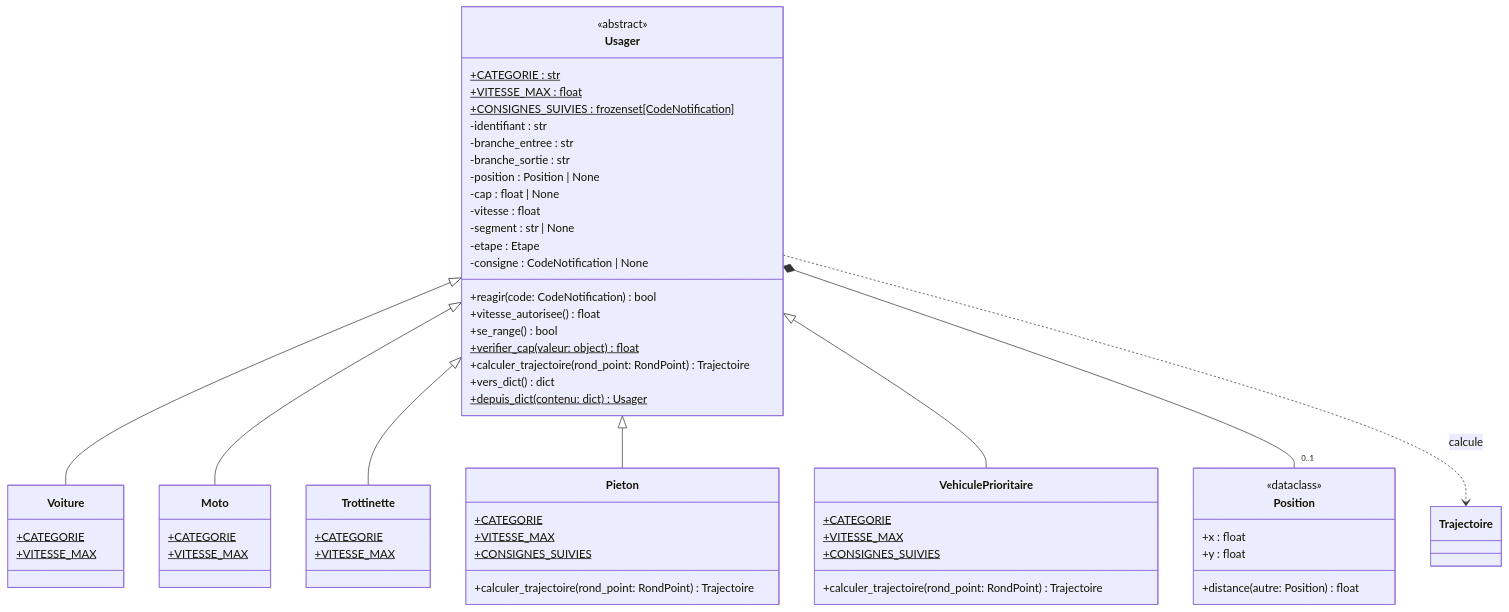
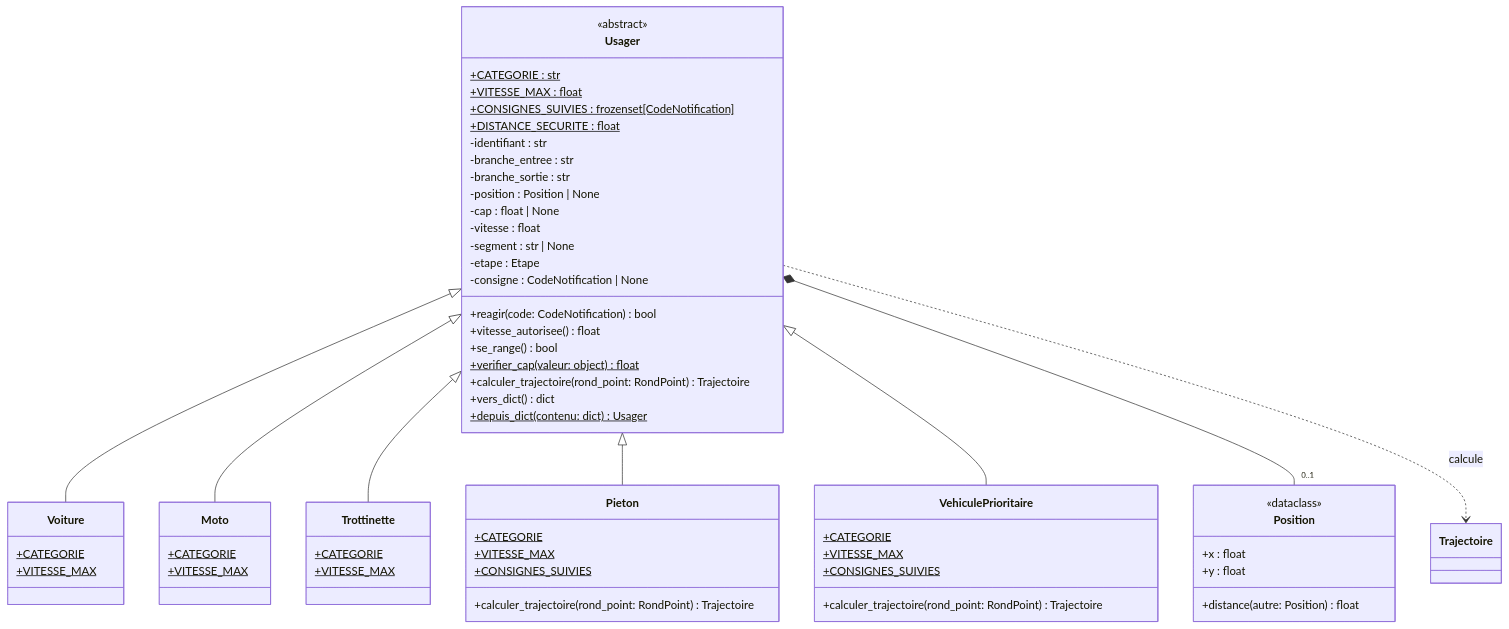
Before and after one commit to vRayzix/SAE3.02_Developper-une-application-communicante: the third of 12 diagrams in docs/uml.md, drawn with Mermaid. The commit also changed other lines of this file and 1 other file, not shown here.

Commit message:
docs(uml): tour d'entrée, demi-chaussées fermées et distance de sécurité par catégorie

````diff
--- a/docs/uml.md
+++ b/docs/uml.md
@@ -168,69 +168,70 @@
 ```mermaid
 classDiagram
     class Position {
         <<dataclass>>
         +x : float
         +y : float
         +distance(autre: Position) float
     }
 
     class Usager {
         <<abstract>>
         +CATEGORIE : str$
         +VITESSE_MAX : float$
         +CONSIGNES_SUIVIES : frozenset[CodeNotification]$
+        +DISTANCE_SECURITE : float$
         -identifiant : str
         -branche_entree : str
         -branche_sortie : str
         -position : Position | None
         -cap : float | None
         -vitesse : float
         -segment : str | None
         -etape : Etape
         -consigne : CodeNotification | None
         +reagir(code: CodeNotification) bool
         +vitesse_autorisee() float
         +se_range() bool
         +verifier_cap(valeur: object) float$
         +calculer_trajectoire(rond_point: RondPoint) Trajectoire
         +vers_dict() dict
         +depuis_dict(contenu: dict) Usager$
     }
 
     class Voiture {
         +CATEGORIE$
         +VITESSE_MAX$
     }
 
     class Moto {
         +CATEGORIE$
         +VITESSE_MAX$
     }
 
     class Trottinette {
         +CATEGORIE$
         +VITESSE_MAX$
     }
 
     class Pieton {
         +CATEGORIE$
         +VITESSE_MAX$
         +CONSIGNES_SUIVIES$
         +calculer_trajectoire(rond_point: RondPoint) Trajectoire
     }
 
     class VehiculePrioritaire {
         +CATEGORIE$
         +VITESSE_MAX$
         +CONSIGNES_SUIVIES$
         +calculer_trajectoire(rond_point: RondPoint) Trajectoire
     }
 
     Usager <|-- Voiture
     Usager <|-- Moto
     Usager <|-- Trottinette
     Usager <|-- Pieton
     Usager <|-- VehiculePrioritaire
     Usager *-- "0..1" Position
     Usager ..> Trajectoire : calcule
 ```
````
